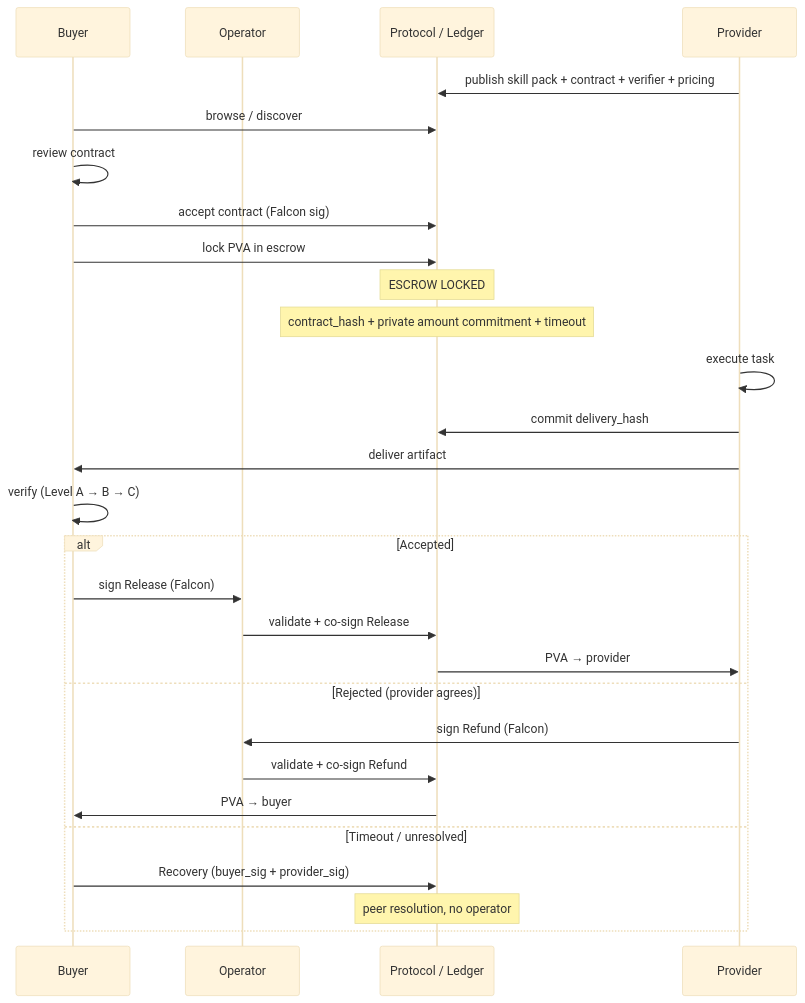
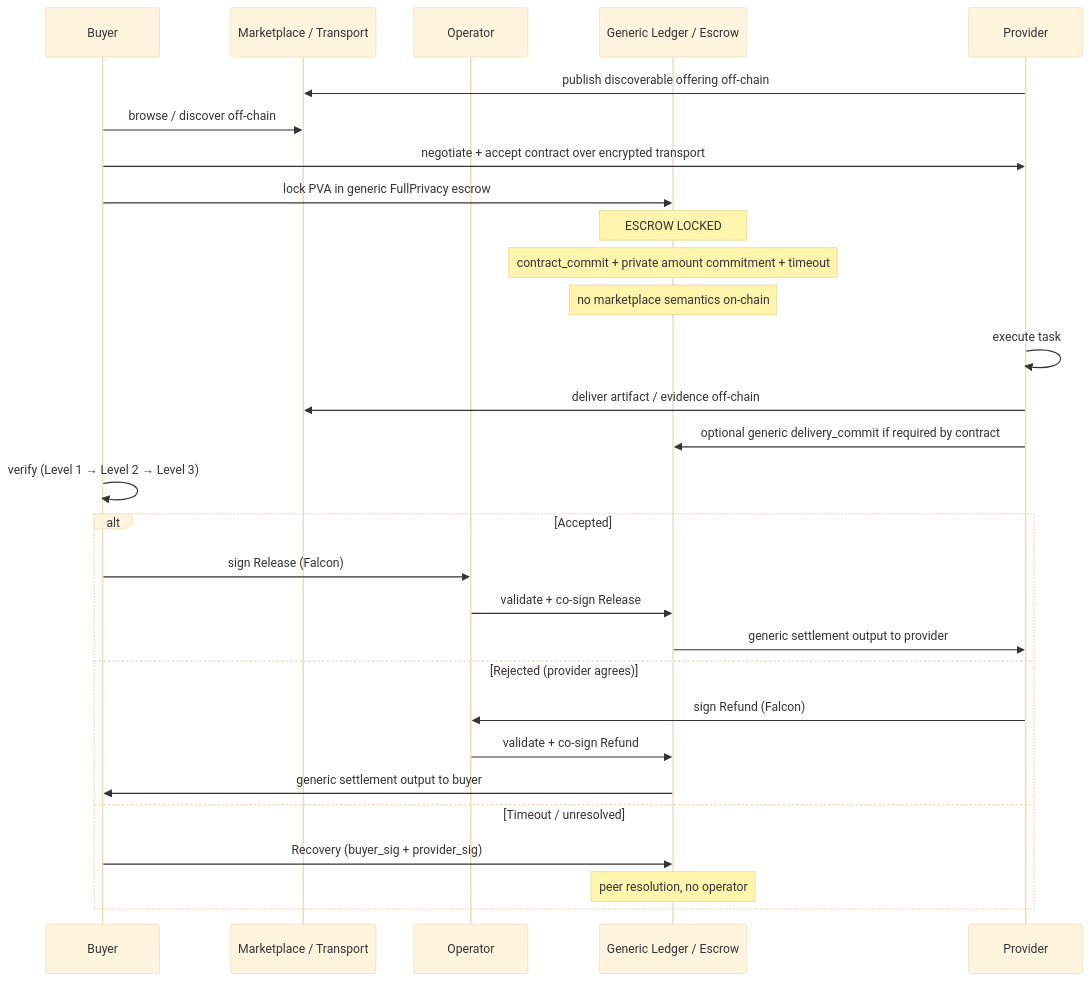
One commit to niirmataa/privAI changed diagram 14 of 20 in spec/privAI_handoff_2026-04-09/PRIVAI_PRODUCTION_SYSTEM_DIAGRAMS.md. Above: the diagram before and after it, drawn with Mermaid (base theme). The commit also changed other lines of this file and 8 other files, not shown here.

````diff
--- a/spec/privAI_handoff_2026-04-09/PRIVAI_PRODUCTION_SYSTEM_DIAGRAMS.md
+++ b/spec/privAI_handoff_2026-04-09/PRIVAI_PRODUCTION_SYSTEM_DIAGRAMS.md
@@ -297,35 +297,36 @@
 ```mermaid
 sequenceDiagram
     participant B as Buyer
+    participant M as Marketplace / Transport
     participant O as Operator
-    participant P as Protocol / Ledger
+    participant L as Generic Ledger / Escrow
     participant PR as Provider
 
-    PR->>P: publish skill pack + contract + verifier + pricing
-    B->>P: browse / discover
-    B->>B: review contract
-    B->>P: accept contract (Falcon sig)
-    B->>P: lock PVA in escrow
+    PR->>M: publish discoverable offering off-chain
+    B->>M: browse / discover off-chain
+    B->>PR: negotiate + accept contract over encrypted transport
+    B->>L: lock PVA in generic FullPrivacy escrow
 
-    Note over P: ESCROW LOCKED
-    Note over P: contract_hash + private amount commitment + timeout
+    Note over L: ESCROW LOCKED
+    Note over L: contract_commit + private amount commitment + timeout
+    Note over L: no marketplace semantics on-chain
 
     PR->>PR: execute task
-    PR->>P: commit delivery_hash
-    PR->>B: deliver artifact
+    PR->>M: deliver artifact / evidence off-chain
+    PR->>L: optional generic delivery_commit if required by contract
 
-    B->>B: verify (Level A → B → C)
+    B->>B: verify (Level 1 → Level 2 → Level 3)
 
     alt Accepted
         B->>O: sign Release (Falcon)
-        O->>P: validate + co-sign Release
-        P->>PR: PVA → provider
+        O->>L: validate + co-sign Release
+        L->>PR: generic settlement output to provider
     else Rejected (provider agrees)
         PR->>O: sign Refund (Falcon)
-        O->>P: validate + co-sign Refund
-        P->>B: PVA → buyer
+        O->>L: validate + co-sign Refund
+        L->>B: generic settlement output to buyer
     else Timeout / unresolved
-        B->>P: Recovery (buyer_sig + provider_sig)
-        Note over P: peer resolution, no operator
+        B->>L: Recovery (buyer_sig + provider_sig)
+        Note over L: peer resolution, no operator
     end
 ```
````
